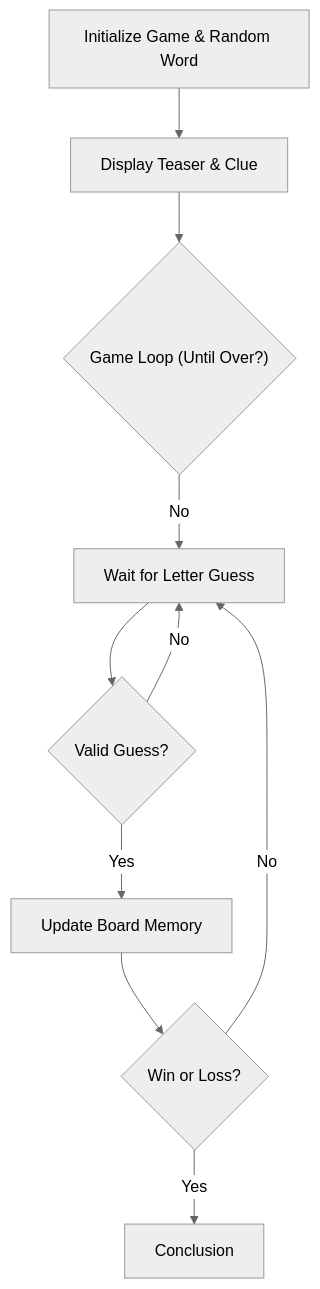
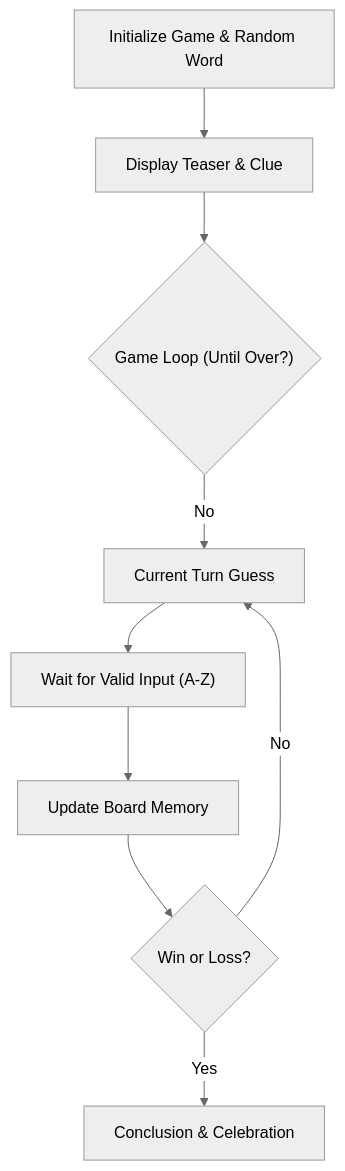
The diagram in docs/SPECIFICATION.md (Amey-Thakur/HANGMAN-IN-RUBY), drawn with Mermaid (neutral theme) before and after one commit. The commit also changed other lines of this file, not shown here.

````diff
--- a/docs/SPECIFICATION.md
+++ b/docs/SPECIFICATION.md
@@ -9,12 +9,11 @@
 ```mermaid
 graph TD
     Start["Initialize Game & Random Word"] --> Setup["Display Teaser & Clue"]
     Setup --> Loop{"Game Loop (Until Over?)"}
-    Loop -->|No| Turn["Wait for Letter Guess"]
-    Turn --> Choice{"Valid Guess?"}
-    Choice -->|No| Turn
-    Choice -->|Yes| Update["Update Board Memory"]
-    Update --> Result{"Win or Loss?"}
-    Result -->|No| Turn
-    Result -->|Yes| End["Conclusion"]
+    Loop -->|No| Turn["Current Turn Guess"]
+    Turn --> Input["Wait for Valid Input (A-Z)"]
+    Input --> Update["Update Board Memory"]
+    Update --> WinCheck{"Win or Loss?"}
+    WinCheck -->|No| Turn
+    WinCheck -->|Yes| End["Conclusion & Celebration"]
 ```
````
